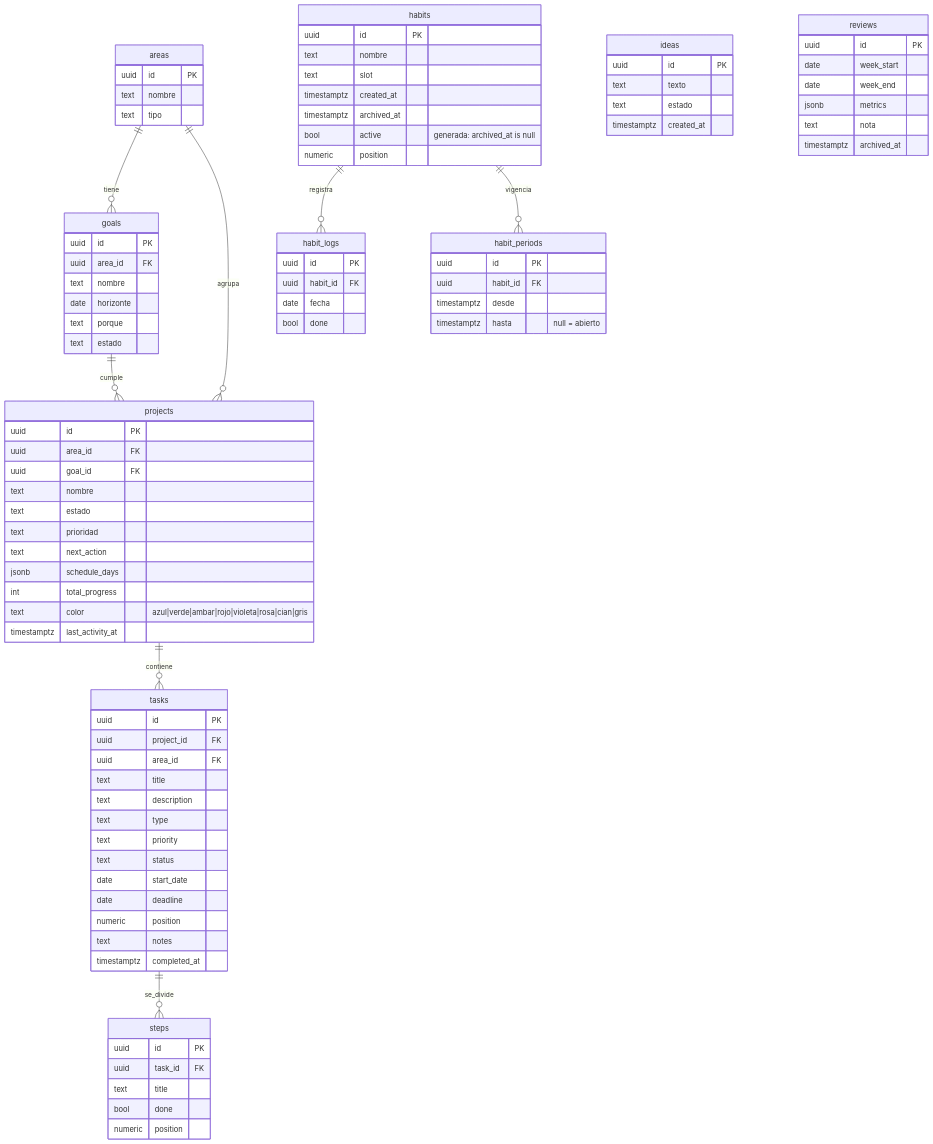
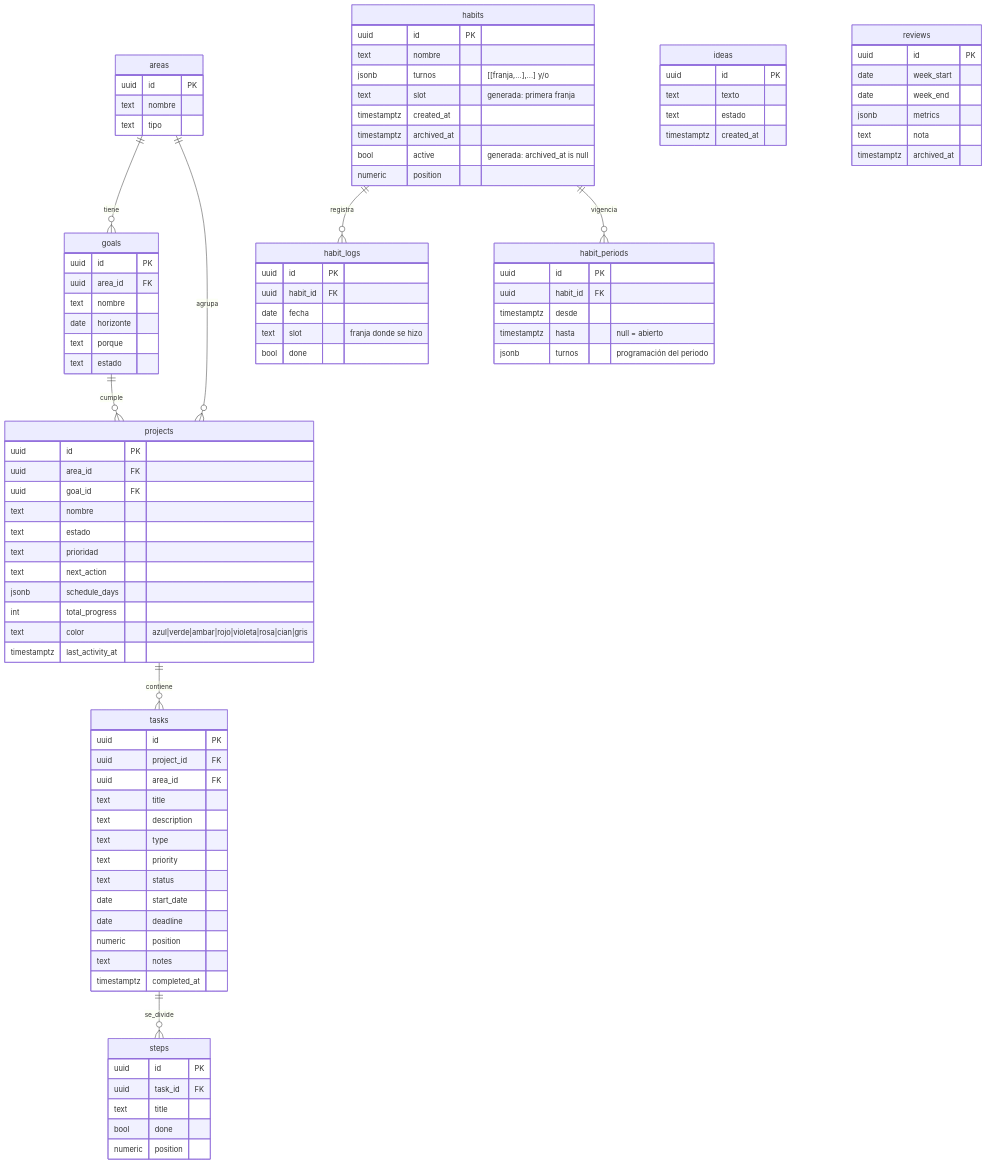
Before and after one commit to csr9497/second-brain: the diagram in docs/DATA-MODEL.md, drawn with Mermaid. The commit also changed other lines of this file and 2 other files, not shown here.

Commit message:
docs: turnos de hábitos (y/o), registros por franja y racha por turnos

```diff
--- a/docs/DATA-MODEL.md
+++ b/docs/DATA-MODEL.md
@@ -63,7 +63,8 @@
   habits {
     uuid id PK
     text nombre
-    text slot
+    jsonb turnos "[[franja,...],...] y/o"
+    text slot "generada: primera franja"
     timestamptz created_at
     timestamptz archived_at
     bool active "generada: archived_at is null"
@@ -73,6 +74,7 @@
     uuid id PK
     uuid habit_id FK
     date fecha
+    text slot "franja donde se hizo"
     bool done
   }
   habit_periods {
@@ -80,6 +82,7 @@
     uuid habit_id FK
     timestamptz desde
     timestamptz hasta "null = abierto"
+    jsonb turnos "programación del periodo"
   }
   ideas {
     uuid id PK
```
